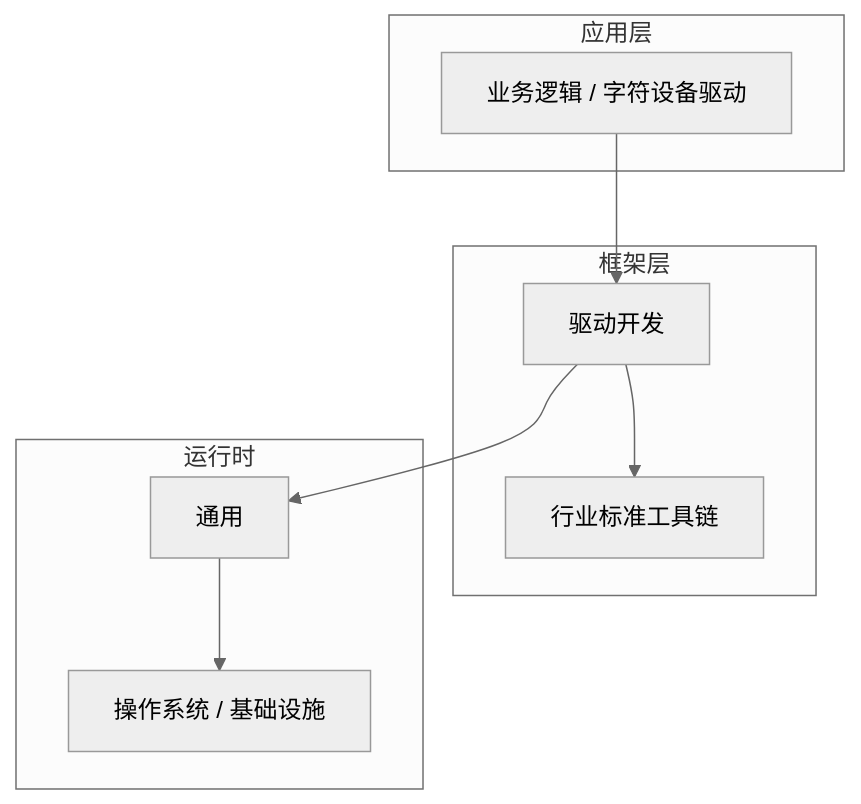
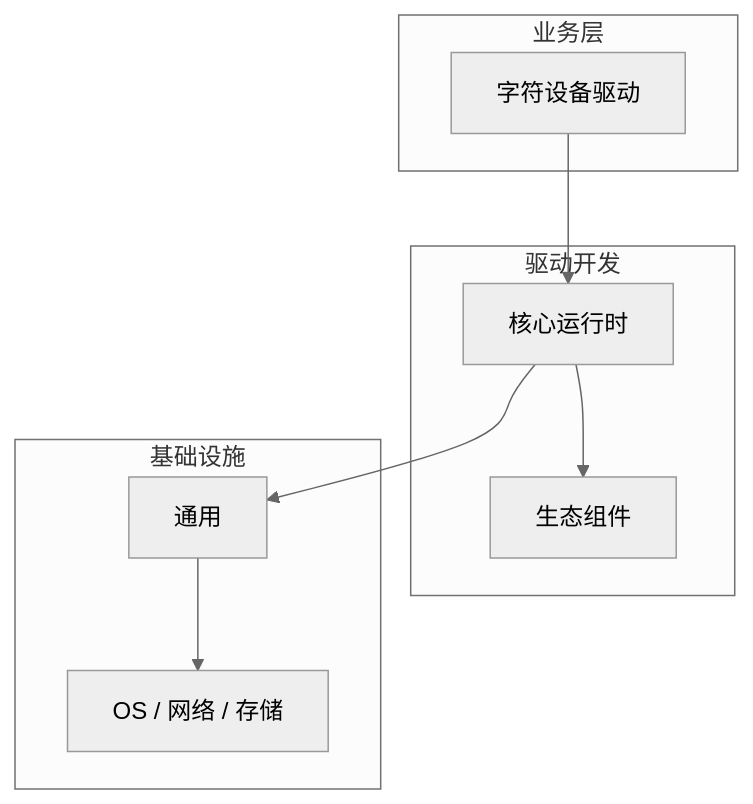
The diagram in articles/驱动开发/chapters/011-字符设备驱动核心概念与原理.md (yanggan2015/knowledge-json-v2), drawn with Mermaid (neutral theme) before and after one commit. The commit also changed other lines of this file and 10127 other files, not shown here.

````diff
--- a/articles/驱动开发/chapters/011-字符设备驱动核心概念与原理.md
+++ b/articles/驱动开发/chapters/011-字符设备驱动核心概念与原理.md
@@ -45,18 +34,18 @@
 ```mermaid
 graph TB
-    subgraph 应用层
-        A[业务逻辑 / 字符设备驱动]
+    subgraph 业务层
+        A[字符设备驱动]
     end
-    subgraph 框架层
-        B[驱动开发]
-        C[行业标准工具链]
+    subgraph 驱动开发
+        B[核心运行时]
+        C[生态组件]
     end
-    subgraph 运行时
+    subgraph 基础设施
         D[通用]
-        E[操作系统 / 基础设施]
+        E[OS / 网络 / 存储]
     end
     A --> B
     B --> C
     B --> D
     D --> E
 ```
````
